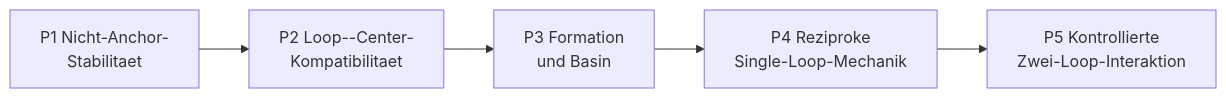
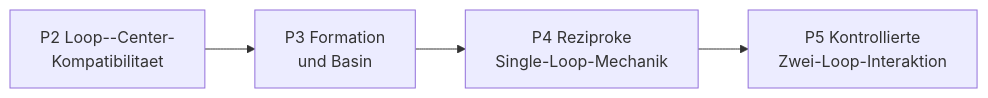
The diagram in docs/status/project_priorities.md (MemoryDynamics/Knoten), drawn with Mermaid before and after one commit. The commit also changed other lines of this file and 10 other files, not shown here.

Commit message:
Advance roadmap to P2 after reviewed P1 pass

````diff
--- a/docs/status/project_priorities.md
+++ b/docs/status/project_priorities.md
@@ -33,10 +36,9 @@
 ```mermaid
 flowchart LR
-    p1["P1 Nicht-Anchor-<br/>Stabilitaet"]
     p2["P2 Loop--Center-<br/>Kompatibilitaet"]
     p3["P3 Formation<br/>und Basin"]
     p4["P4 Reziproke<br/>Single-Loop-Mechanik"]
     p5["P5 Kontrollierte<br/>Zwei-Loop-Interaktion"]
 
-    p1 --> p2 --> p3 --> p4 --> p5
+    p2 --> p3 --> p4 --> p5
 ```
````
